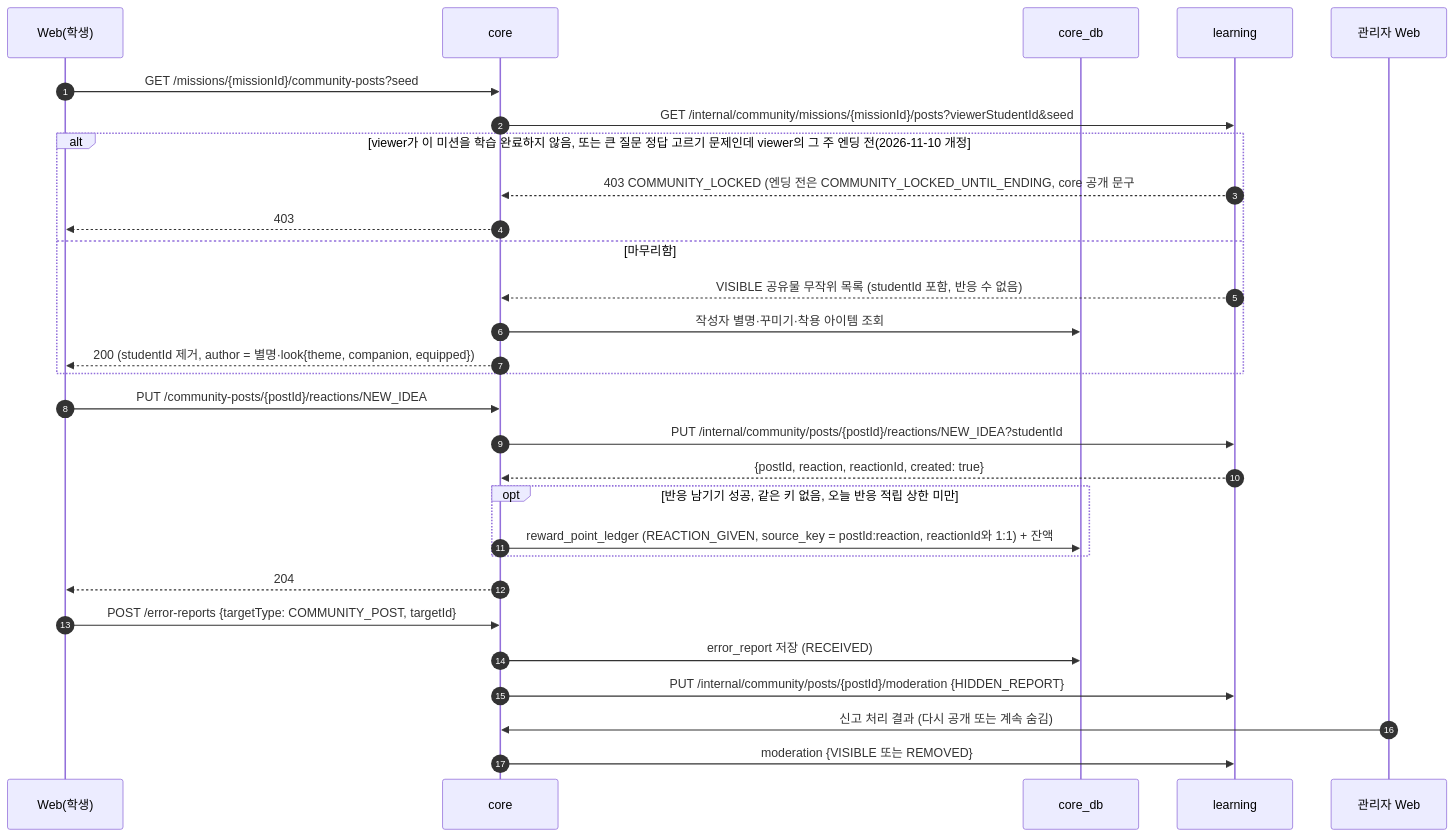
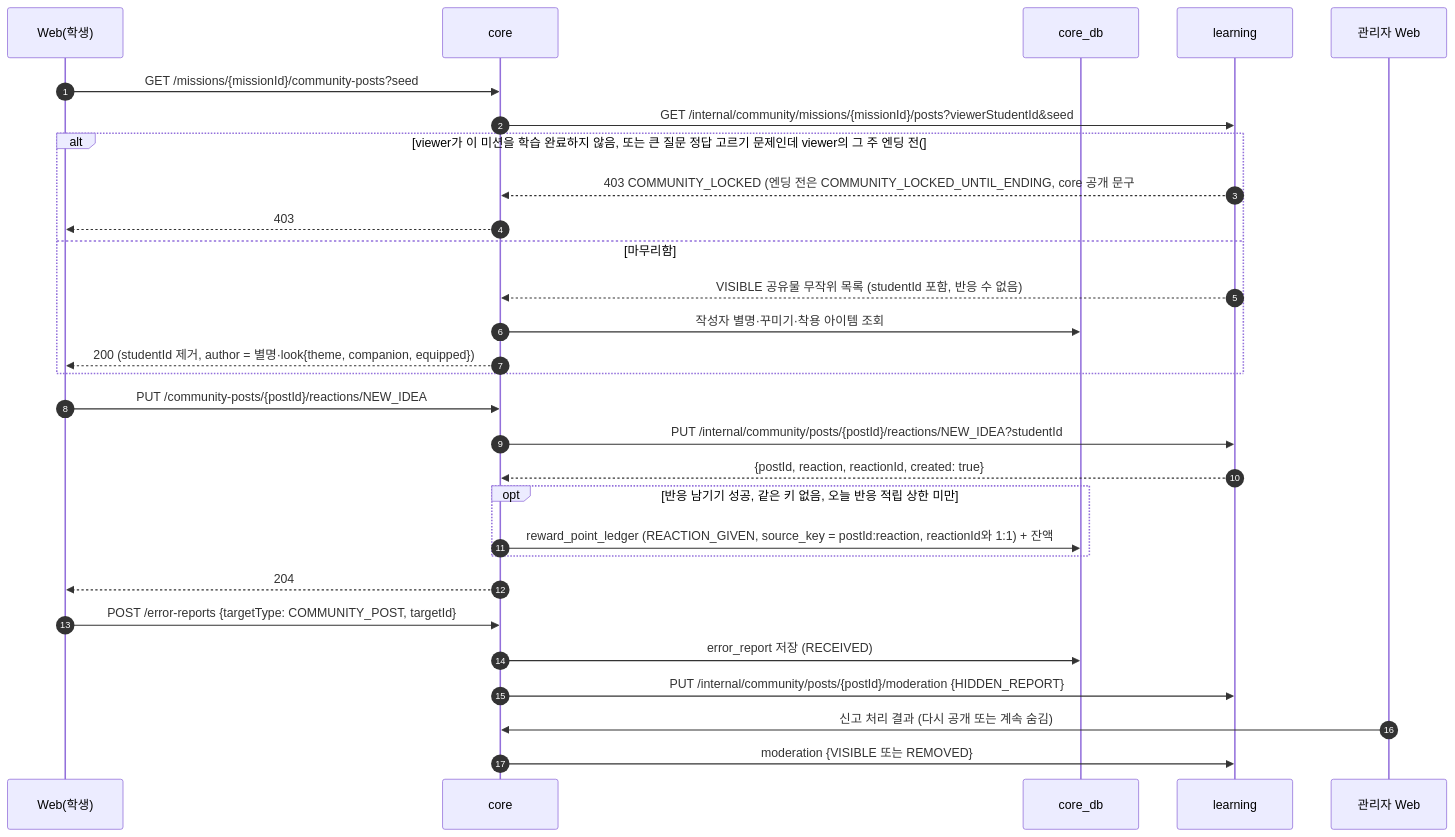
Before and after one commit to SKNETWORKS-FAMILY-AICAMP/SKN34-FINAL-3TEAM: diagram 21 of 42 in docs/design/sequence-diagram.md, drawn with Mermaid. The commit also changed other lines of this file and 40 other files, not shown here.

````diff
--- a/docs/design/sequence-diagram.md
+++ b/docs/design/sequence-diagram.md
@@ -827,32 +827,32 @@
 ```mermaid
 sequenceDiagram
   autonumber
   participant W as Web(학생)
   participant C as core
   participant CDB as core_db
   participant L as learning
   participant A as 관리자 Web
 
   W->>C: GET /missions/{missionId}/community-posts?seed
   C->>L: GET /internal/community/missions/{missionId}/posts?viewerStudentId&seed
-  alt viewer가 이 미션을 학습 완료하지 않음, 또는 큰 질문 정답 고르기 문제인데 viewer의 그 주 엔딩 전(2026-11-10 개정 #483, learning #484)
+  alt viewer가 이 미션을 학습 완료하지 않음, 또는 큰 질문 정답 고르기 문제인데 viewer의 그 주 엔딩 전(#483, learning #484)
     L-->>C: 403 COMMUNITY_LOCKED (엔딩 전은 COMMUNITY_LOCKED_UNTIL_ENDING, core 공개 문구 #550)
     C-->>W: 403
   else 마무리함
     L-->>C: VISIBLE 공유물 무작위 목록 (studentId 포함, 반응 수 없음)
     C->>CDB: 작성자 별명·꾸미기·착용 아이템 조회
     C-->>W: 200 (studentId 제거, author = 별명·look{theme, companion, equipped})
   end
   W->>C: PUT /community-posts/{postId}/reactions/NEW_IDEA
   C->>L: PUT /internal/community/posts/{postId}/reactions/NEW_IDEA?studentId
   L-->>C: {postId, reaction, reactionId, created: true}
   opt 반응 남기기 성공, 같은 키 없음, 오늘 반응 적립 상한 미만
     C->>CDB: reward_point_ledger (REACTION_GIVEN, source_key = postId:reaction, reactionId와 1:1) + 잔액
   end
   C-->>W: 204
   W->>C: POST /error-reports {targetType: COMMUNITY_POST, targetId}
   C->>CDB: error_report 저장 (RECEIVED)
   C->>L: PUT /internal/community/posts/{postId}/moderation {HIDDEN_REPORT}
   A->>C: 신고 처리 결과 (다시 공개 또는 계속 숨김)
   C->>L: moderation {VISIBLE 또는 REMOVED}
 ```
````
